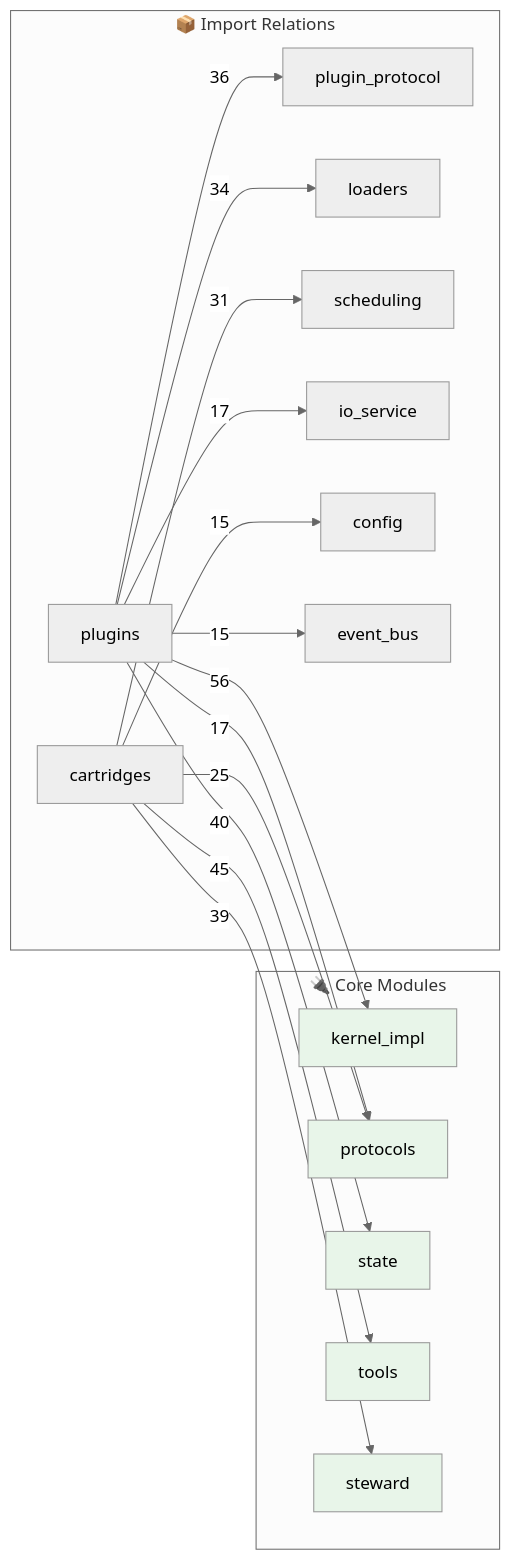
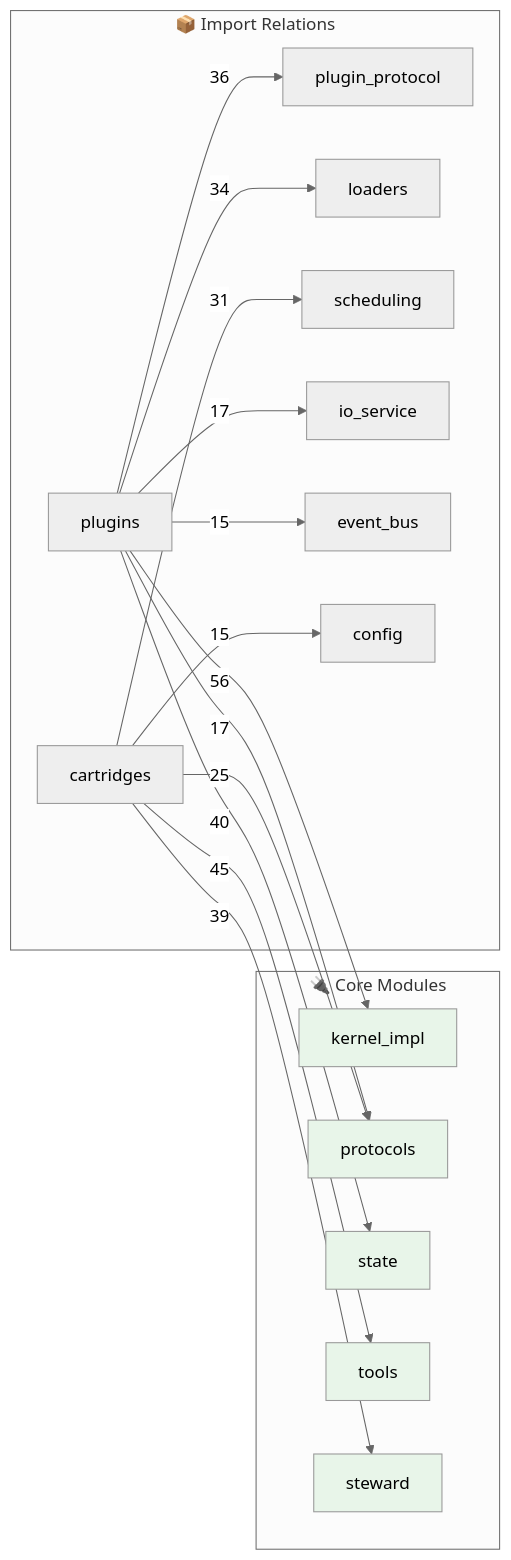
The second of 2 diagrams in OPUS.md (kimeisele/steward-protocol), drawn with Mermaid (neutral theme) before and after one commit. The commit also changed other lines of this file and 15 other files, not shown here.

````diff
--- a/OPUS.md
+++ b/OPUS.md
@@ -810,31 +812,31 @@
 ```mermaid
 flowchart LR
     subgraph Core["🔌 Core Modules"]
         kernel_impl[kernel_impl]
         protocols[protocols]
         state[state]
         tools[tools]
         steward[steward]
     end
 
     subgraph Edges["📦 Import Relations"]
         plugins -->|56| kernel_impl
         cartridges -->|45| tools
         plugins -->|40| state
         cartridges -->|39| steward
         plugins -->|36| plugin_protocol
         plugins -->|34| loaders
         cartridges -->|31| scheduling
         cartridges -->|25| protocols
         plugins -->|17| protocols
         plugins -->|17| io_service
+        plugins -->|15| event_bus
         cartridges -->|15| config
-        plugins -->|15| event_bus
     end
 
     style kernel_impl fill:#e8f5e9
     style protocols fill:#e8f5e9
     style state fill:#e8f5e9
     style tools fill:#e8f5e9
     style steward fill:#e8f5e9
 ```
````
